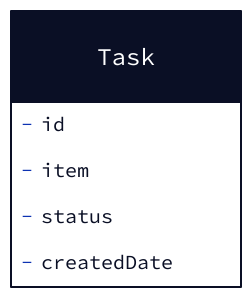
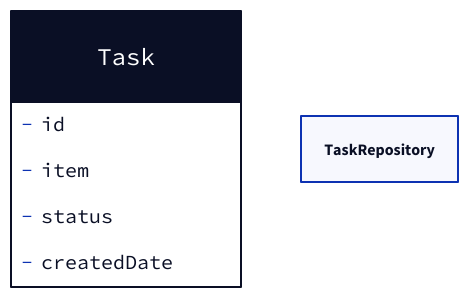
The diagram in class.d2 (soljeong/todolist), drawn with D2 before and after one commit. The commit also changed 1 other file, not shown here.

Commit message:
repository

```diff
--- a/class.d2
+++ b/class.d2
@@ -1,8 +1,10 @@
 Task {
     shape : class
 
     -id
     -item
     -status
     -createdDate
 }
+
+TaskRepository
```
